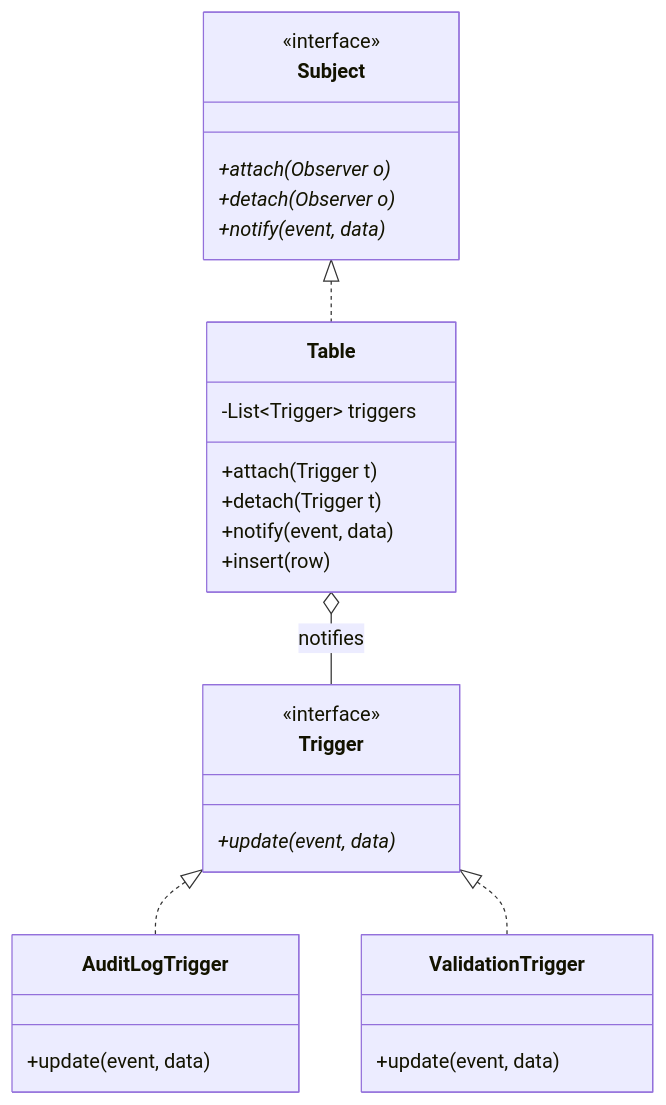
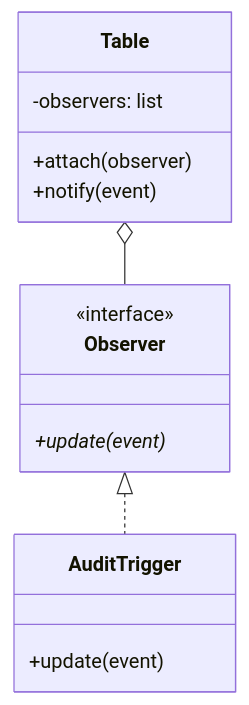
One commit to TamBui1706/DBMS changed diagram 11 of 20 in DPSuggest.md. Above: the diagram before and after it, drawn with Mermaid. The commit also changed other lines of this file, not shown here.

Commit message:
table Design Patterns

````diff
--- a/DPSuggest.md
+++ b/DPSuggest.md
@@ -1066,35 +407,17 @@
 ```mermaid
 classDiagram
-    class Subject {
+    class Observer {
         <<interface>>
-        +attach(Observer o)*
-        +detach(Observer o)*
-        +notify(event, data)*
+        +update(event)*
     }
-    
+    class AuditTrigger {
+        +update(event)
+    }
     class Table {
-        -List~Trigger~ triggers
-        +attach(Trigger t)
-        +detach(Trigger t)
-        +notify(event, data)
-        +insert(row)
+        -observers: list
+        +attach(observer)
+        +notify(event)
     }
-    
-    class Trigger {
-        <<interface>>
-        +update(event, data)*
-    }
-    
-    class AuditLogTrigger {
-        +update(event, data)
-    }
-    
-    class ValidationTrigger {
-        +update(event, data)
-    }
-
-    Subject <|.. Table
-    Trigger <|.. AuditLogTrigger
-    Trigger <|.. ValidationTrigger
-    Table o-- Trigger : notifies
+    Observer <|.. AuditTrigger
+    Table o-- Observer
 ```
````
